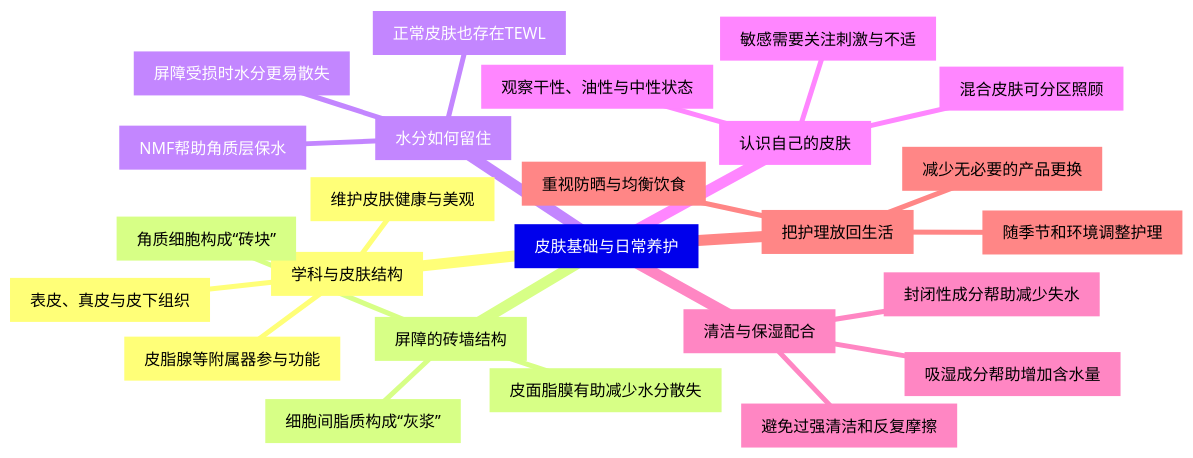
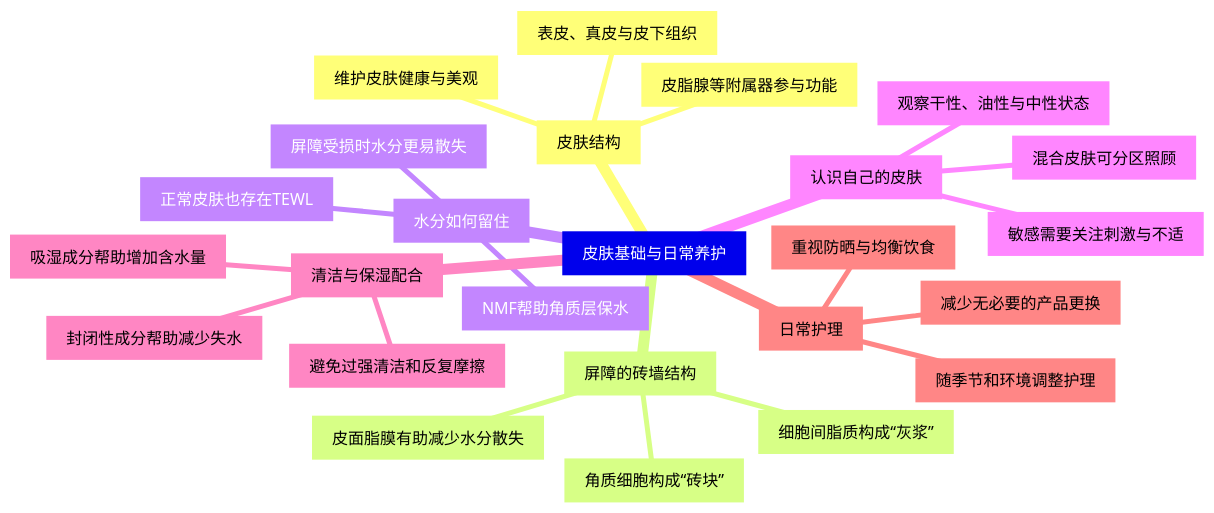
Before and after one commit to hanson2017ear/skin-barrier-skincare-course: the diagram in lessons/skin-foundations.mmd, drawn with Mermaid. The commit also changed 40 other files, not shown here.

Commit message:
Simplify course notes copy, mindmap labels and reference reading layout

```diff
--- a/lessons/skin-foundations.mmd
+++ b/lessons/skin-foundations.mmd
@@ -1,26 +1,26 @@
 mindmap
   root["皮肤基础与日常养护"]
-    b1["学科与皮肤结构"]
+    b1["皮肤结构"]
       b1n1["维护皮肤健康与美观"]
       b1n2["表皮、真皮与皮下组织"]
       b1n3["皮脂腺等附属器参与功能"]
     b2["屏障的砖墙结构"]
       b2n1["角质细胞构成“砖块”"]
       b2n2["细胞间脂质构成“灰浆”"]
       b2n3["皮面脂膜有助减少水分散失"]
     b3["水分如何留住"]
       b3n1["NMF帮助角质层保水"]
       b3n2["正常皮肤也存在TEWL"]
       b3n3["屏障受损时水分更易散失"]
     b4["认识自己的皮肤"]
       b4n1["观察干性、油性与中性状态"]
       b4n2["混合皮肤可分区照顾"]
       b4n3["敏感需要关注刺激与不适"]
     b5["清洁与保湿配合"]
       b5n1["避免过强清洁和反复摩擦"]
       b5n2["吸湿成分帮助增加含水量"]
       b5n3["封闭性成分帮助减少失水"]
-    b6["把护理放回生活"]
+    b6["日常护理"]
       b6n1["随季节和环境调整护理"]
       b6n2["减少无必要的产品更换"]
       b6n3["重视防晒与均衡饮食"]
```
